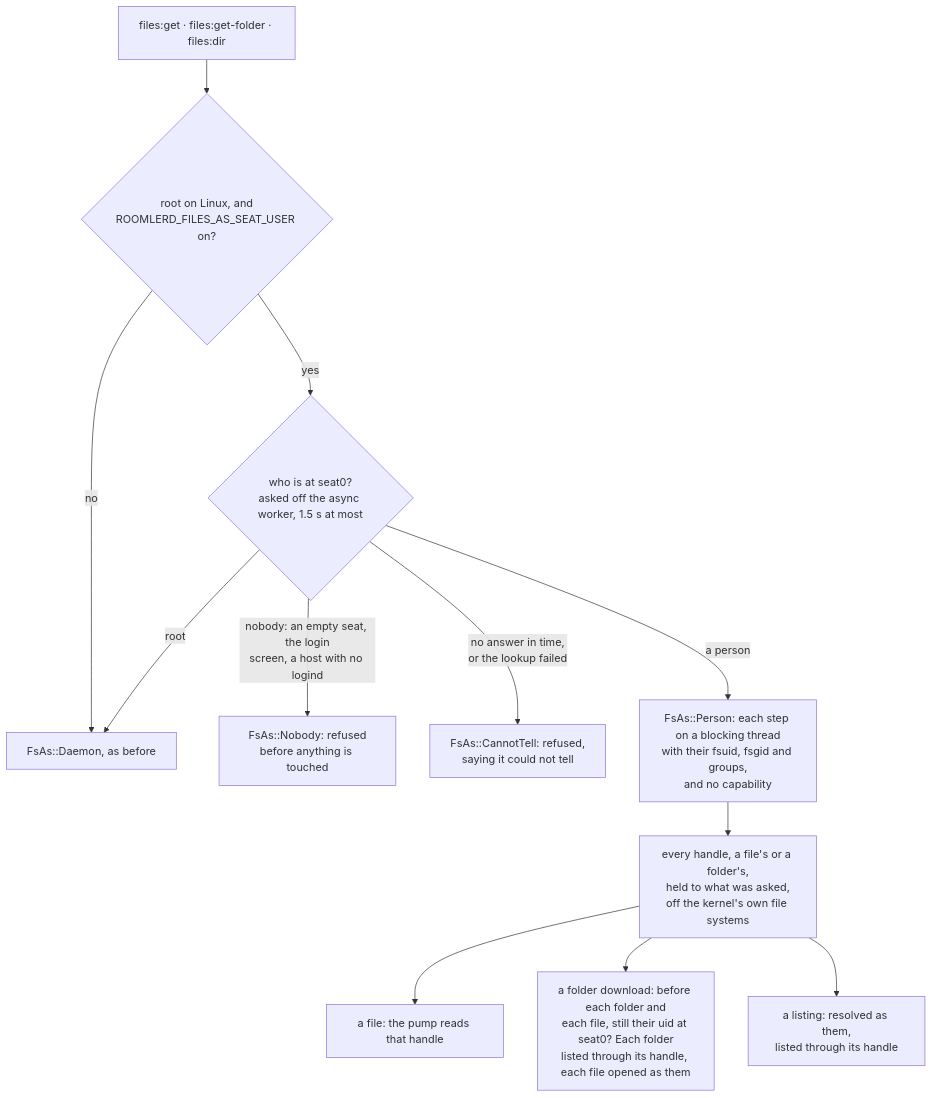
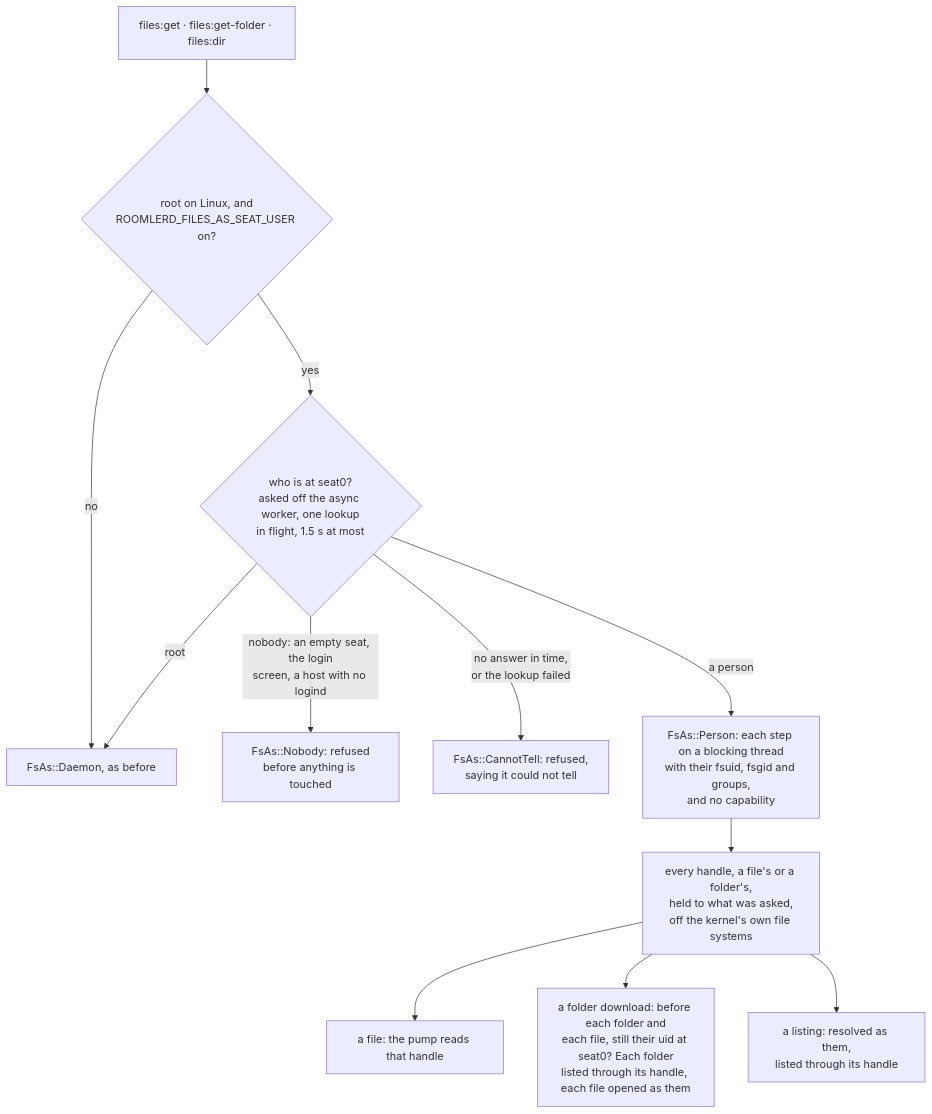
One commit to gjovanov/roomler-ai changed the tenth of 21 diagrams in docs/desktop-companion.md. Above: the diagram before and after it, drawn with Mermaid. The commit also changed other lines of this file and 10 other files, not shown here.

First line of the commit message:
docs(files): one seat0 lookup in flight, the person socket's 1.5 s, the status card while not known

````diff
--- a/docs/desktop-companion.md
+++ b/docs/desktop-companion.md
@@ -704,14 +706,14 @@
 ```mermaid
 flowchart TD
     R["files:get · files:get-folder · files:dir"] --> Q{"root on Linux, and<br/>ROOMLERD_FILES_AS_SEAT_USER on?"}
     Q -- "no" --> D["FsAs::Daemon, as before"]
-    Q -- "yes" --> S{"who is at seat0?<br/>asked off the async worker, 1.5 s at most"}
+    Q -- "yes" --> S{"who is at seat0?<br/>asked off the async worker, one lookup<br/>in flight, 1.5 s at most"}
     S -- "root" --> D
     S -- "nobody: an empty seat, the login<br/>screen, a host with no logind" --> N["FsAs::Nobody: refused<br/>before anything is touched"]
     S -- "no answer in time,<br/>or the lookup failed" --> C["FsAs::CannotTell: refused,<br/>saying it could not tell"]
     S -- "a person" --> P["FsAs::Person: each step on a blocking thread<br/>with their fsuid, fsgid and groups,<br/>and no capability"]
     P --> H["every handle, a file's or a folder's,<br/>held to what was asked,<br/>off the kernel's own file systems"]
     H --> F["a file: the pump reads that handle"]
     H --> Z["a folder download: before each folder and<br/>each file, still their uid at seat0? Each folder<br/>listed through its handle, each file opened as them"]
     H --> G["a listing: resolved as them,<br/>listed through its handle"]
 ```
````
